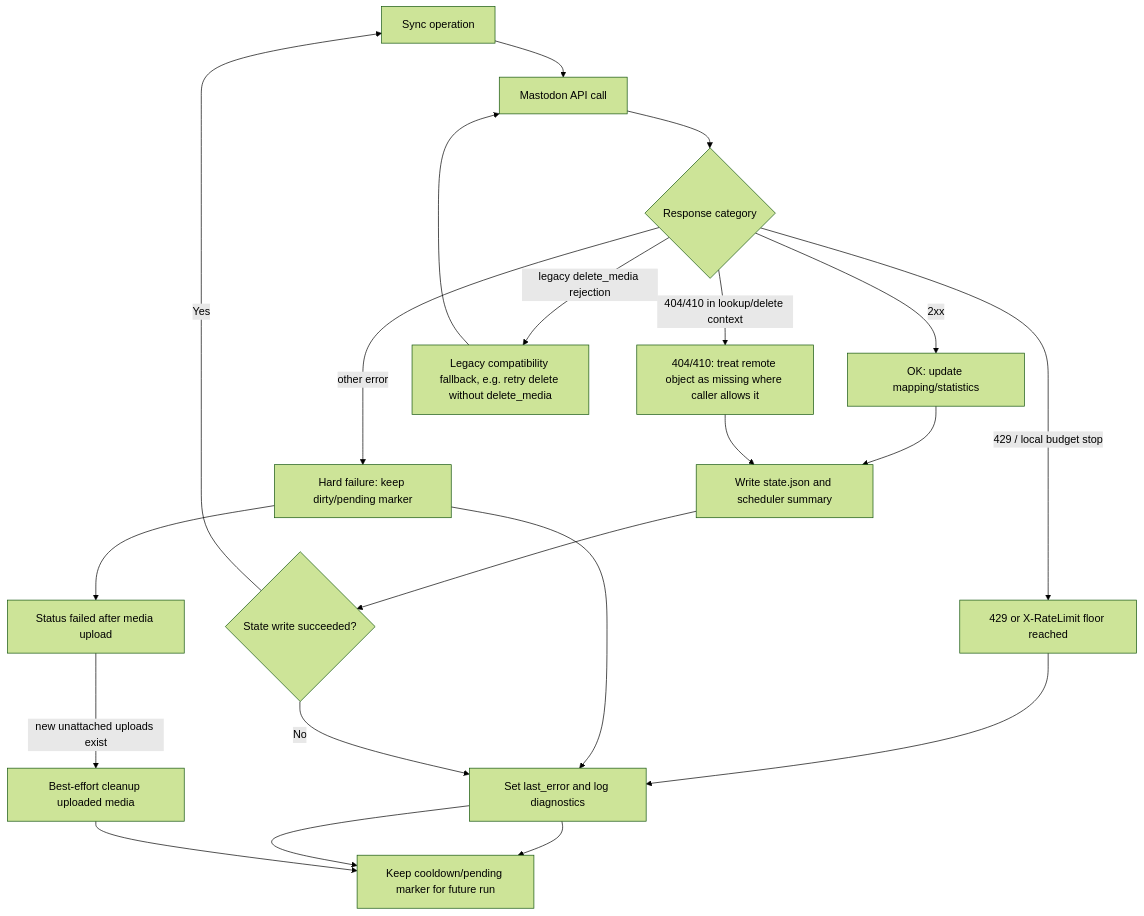
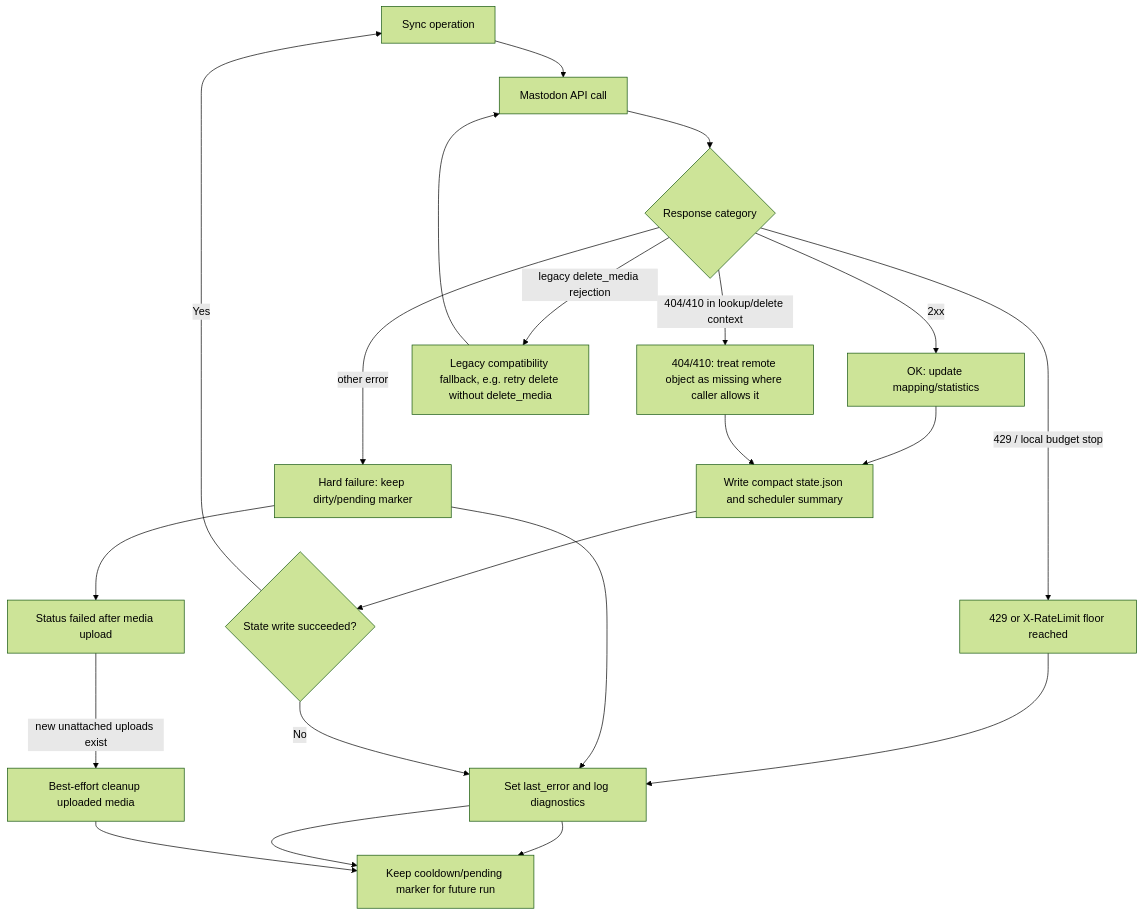
Diagram 30 of 32 in fp-plugins/mastodon/developer-docs/06-Process-Flow.md (flatpressblog/flatpress), drawn with Mermaid (forest theme) before and after one commit. The commit also changed other lines of this file and 8 other files, not shown here.

````diff
--- a/fp-plugins/mastodon/developer-docs/06-Process-Flow.md
+++ b/fp-plugins/mastodon/developer-docs/06-Process-Flow.md
@@ -1070,29 +1071,29 @@
 ```mermaid
 flowchart TD
     Operation["Sync operation"]
     API["Mastodon API call"]
     Response{"Response category"}
     OK["OK: update mapping/statistics"]
     Missing["404/410: treat remote object as missing where caller allows it"]
     RemoteLimit["429 or X-RateLimit floor reached"]
     LegacyFallback["Legacy compatibility fallback, e.g. retry delete without delete_media"]
     HardFailure["Hard failure: keep dirty/pending marker"]
     UploadFailure["Status failed after media upload"]
     Cleanup["Best-effort cleanup uploaded media"]
-    StateWrite["Write state.json and scheduler summary"]
+    StateWrite["Write compact state.json and scheduler summary"]
     StateOK{"State write succeeded?"}
     LastError["Set last_error and log diagnostics"]
     Retry["Keep cooldown/pending marker for future run"]
 
     Operation --> API --> Response
     Response -- "2xx" --> OK --> StateWrite
     Response -- "404/410 in lookup/delete context" --> Missing --> StateWrite
     Response -- "429 / local budget stop" --> RemoteLimit --> LastError --> Retry
     Response -- "legacy delete_media rejection" --> LegacyFallback --> API
     Response -- "other error" --> HardFailure --> LastError --> Retry
     HardFailure --> UploadFailure
     UploadFailure -- "new unattached uploads exist" --> Cleanup --> Retry
     StateWrite --> StateOK
     StateOK -- "Yes" --> Operation
     StateOK -- "No" --> LastError
 ```
````
